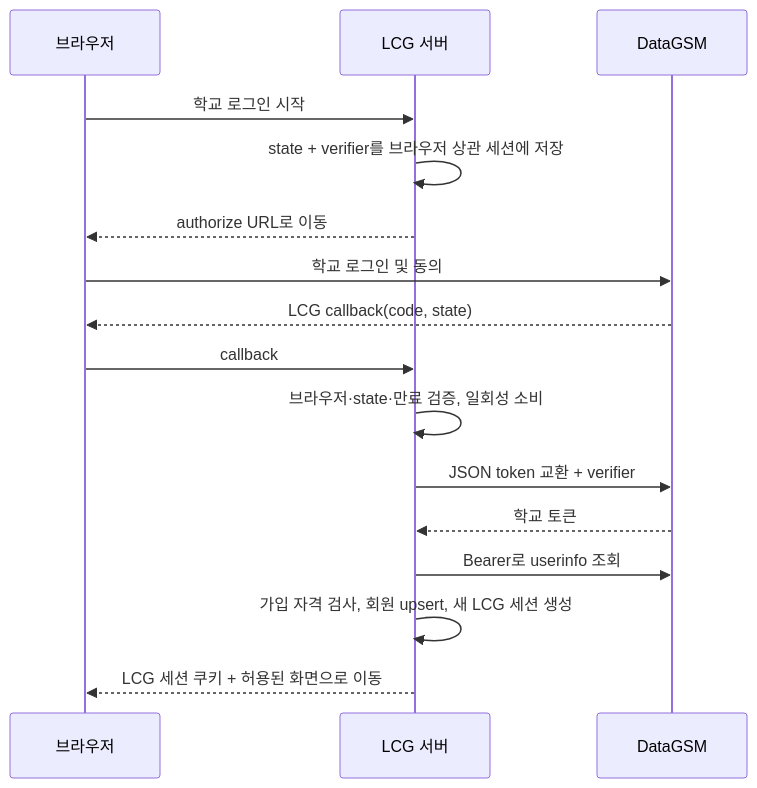
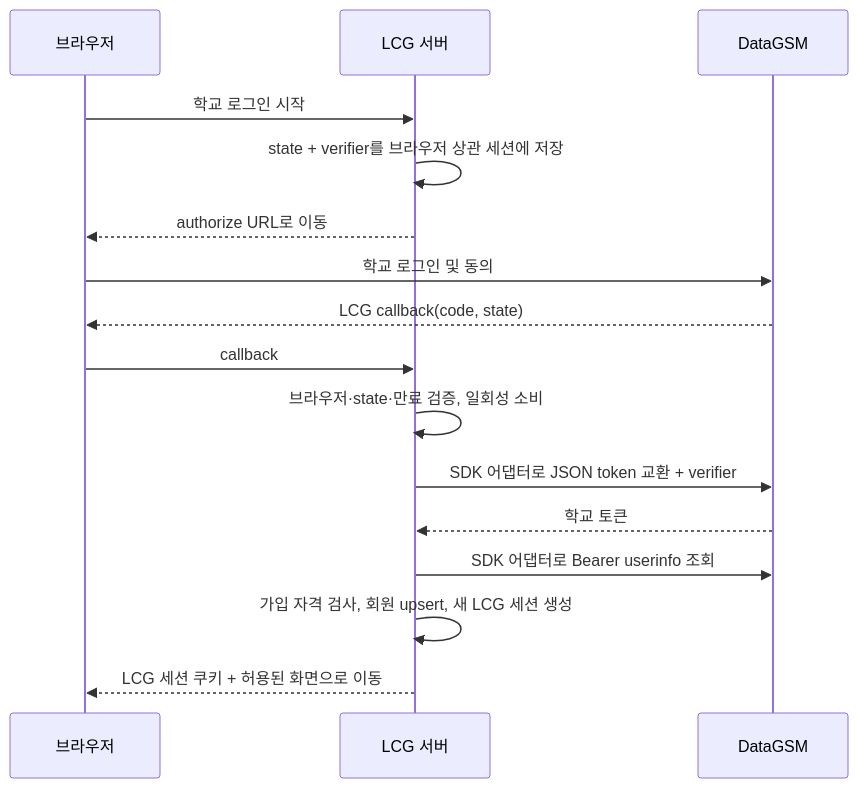
The diagram in todo/02-auth-users.md (Team-Gamism/lcg-server), drawn with Mermaid before and after one commit. The commit also changed other lines of this file and 6 other files, not shown here.

````diff
--- a/todo/02-auth-users.md
+++ b/todo/02-auth-users.md
@@ -37,18 +43,18 @@
 ```mermaid
 sequenceDiagram
     participant B as 브라우저
     participant L as LCG 서버
     participant D as DataGSM
     B->>L: 학교 로그인 시작
     L->>L: state + verifier를 브라우저 상관 세션에 저장
     L-->>B: authorize URL로 이동
     B->>D: 학교 로그인 및 동의
     D-->>B: LCG callback(code, state)
     B->>L: callback
     L->>L: 브라우저·state·만료 검증, 일회성 소비
-    L->>D: JSON token 교환 + verifier
+    L->>D: SDK 어댑터로 JSON token 교환 + verifier
     D-->>L: 학교 토큰
-    L->>D: Bearer로 userinfo 조회
+    L->>D: SDK 어댑터로 Bearer userinfo 조회
     L->>L: 가입 자격 검사, 회원 upsert, 새 LCG 세션 생성
     L-->>B: LCG 세션 쿠키 + 허용된 화면으로 이동
 ```
````
